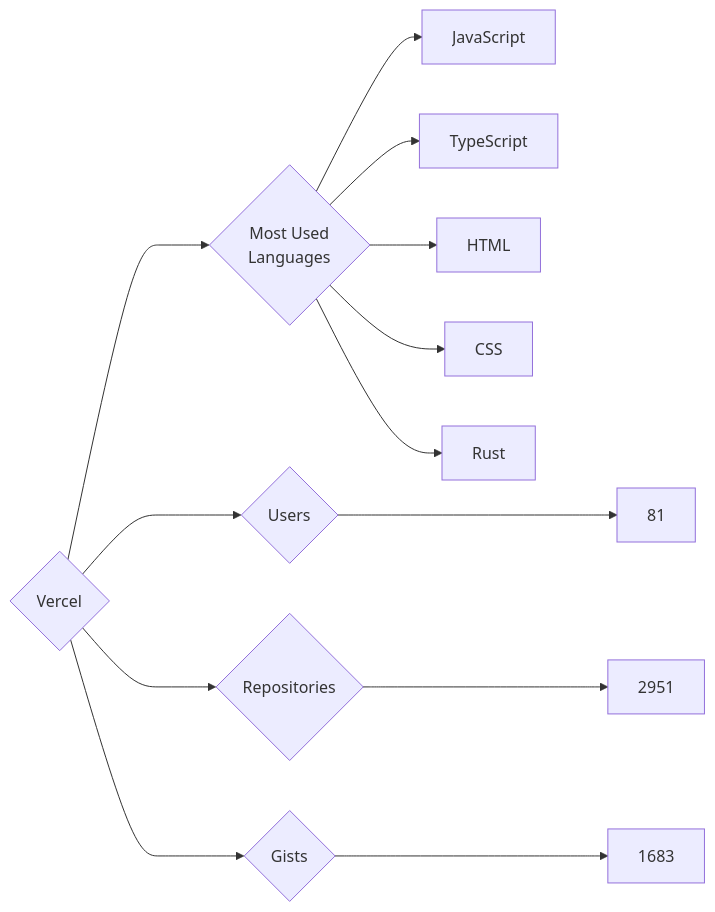
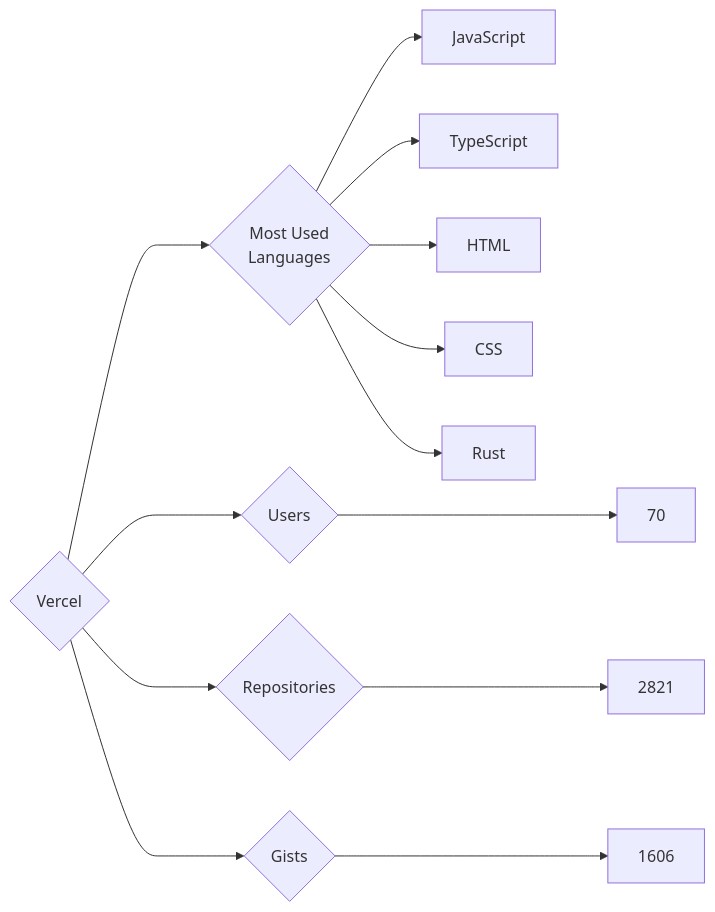
Before and after one commit to trickest/insiders: the diagram in targets/Vercel/README.md, drawn with Mermaid. The commit also changed 444 other files, not shown here.

````diff
--- a/targets/Vercel/README.md
+++ b/targets/Vercel/README.md
@@ -3,13 +3,13 @@
 ```mermaid
 graph LR
 COMPANY_NAME{Vercel}
-COMPANY_NAME ---> U{Users} ---> UN[81]
-COMPANY_NAME ---> R{Repositories} ---> RN[2951]
-COMPANY_NAME ---> G{Gists} ---> GN[1683]
+COMPANY_NAME ---> U{Users} ---> UN[70]
+COMPANY_NAME ---> R{Repositories} ---> RN[2821]
+COMPANY_NAME ---> G{Gists} ---> GN[1606]
 COMPANY_NAME ---> ML{Most Used<br>Languages}
 ML --> JavaScript[JavaScript]
 ML --> TypeScript[TypeScript]
 ML --> HTML[HTML]
 ML --> CSS[CSS]
 ML --> Rust[Rust]
 ```
````
